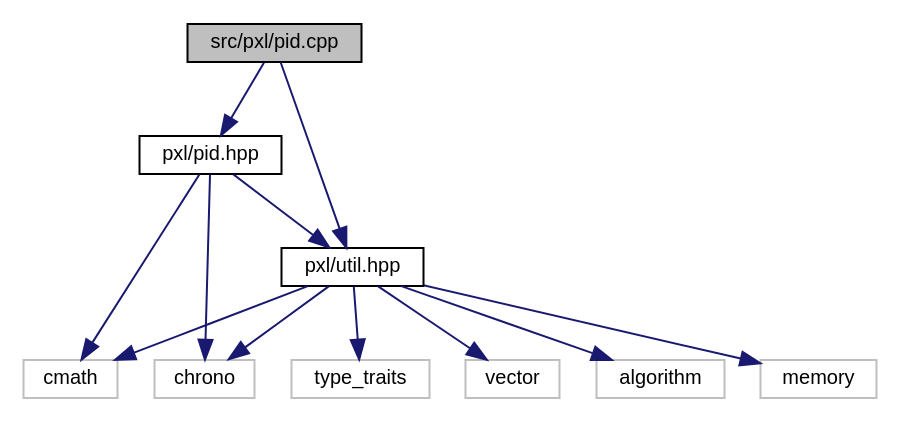
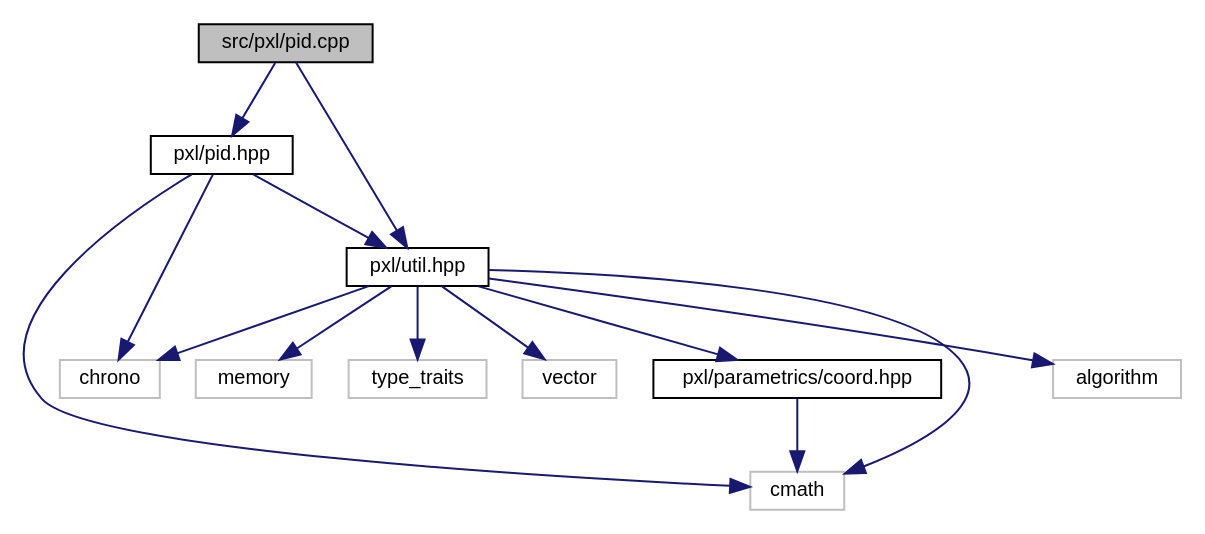
One commit to Pixel-Lib/Pixel changed the diagram in pid_8cpp__incl.dot. Above: the diagram before and after it, drawn with Graphviz. The commit also changed 285 other files, not shown here.

```diff
--- a/pid_8cpp__incl.dot
+++ b/pid_8cpp__incl.dot
@@ -1,26 +1,29 @@
 digraph "src/pxl/pid.cpp"
 {
  // LATEX_PDF_SIZE
   edge [fontname="Helvetica",fontsize="10",labelfontname="Helvetica",labelfontsize="10"];
   node [fontname="Helvetica",fontsize="10",shape=record];
   Node1 [label="src/pxl/pid.cpp",height=0.2,width=0.4,color="black", fillcolor="grey75", style="filled", fontcolor="black",tooltip=" "];
   Node1 -> Node2 [color="midnightblue",fontsize="10",style="solid",fontname="Helvetica"];
   Node2 [label="pxl/pid.hpp",height=0.2,width=0.4,color="black", fillcolor="white", style="filled",URL="$pid_8hpp.html",tooltip=" "];
   Node2 -> Node3 [color="midnightblue",fontsize="10",style="solid",fontname="Helvetica"];
   Node3 [label="chrono",height=0.2,width=0.4,color="grey75", fillcolor="white", style="filled",tooltip=" "];
   Node2 -> Node4 [color="midnightblue",fontsize="10",style="solid",fontname="Helvetica"];
   Node4 [label="cmath",height=0.2,width=0.4,color="grey75", fillcolor="white", style="filled",tooltip=" "];
   Node2 -> Node5 [color="midnightblue",fontsize="10",style="solid",fontname="Helvetica"];
   Node5 [label="pxl/util.hpp",height=0.2,width=0.4,color="black", fillcolor="white", style="filled",URL="$util_8hpp.html",tooltip=" "];
   Node5 -> Node6 [color="midnightblue",fontsize="10",style="solid",fontname="Helvetica"];
   Node6 [label="algorithm",height=0.2,width=0.4,color="grey75", fillcolor="white", style="filled",tooltip=" "];
   Node5 -> Node3 [color="midnightblue",fontsize="10",style="solid",fontname="Helvetica"];
   Node5 -> Node4 [color="midnightblue",fontsize="10",style="solid",fontname="Helvetica"];
   Node5 -> Node7 [color="midnightblue",fontsize="10",style="solid",fontname="Helvetica"];
   Node7 [label="memory",height=0.2,width=0.4,color="grey75", fillcolor="white", style="filled",tooltip=" "];
   Node5 -> Node8 [color="midnightblue",fontsize="10",style="solid",fontname="Helvetica"];
   Node8 [label="type_traits",height=0.2,width=0.4,color="grey75", fillcolor="white", style="filled",tooltip=" "];
   Node5 -> Node9 [color="midnightblue",fontsize="10",style="solid",fontname="Helvetica"];
   Node9 [label="vector",height=0.2,width=0.4,color="grey75", fillcolor="white", style="filled",tooltip=" "];
+  Node5 -> Node10 [color="midnightblue",fontsize="10",style="solid",fontname="Helvetica"];
+  Node10 [label="pxl/parametrics/coord.hpp",height=0.2,width=0.4,color="black", fillcolor="white", style="filled",URL="$coord_8hpp.html",tooltip=" "];
+  Node10 -> Node4 [color="midnightblue",fontsize="10",style="solid",fontname="Helvetica"];
   Node1 -> Node5 [color="midnightblue",fontsize="10",style="solid",fontname="Helvetica"];
 }
```
